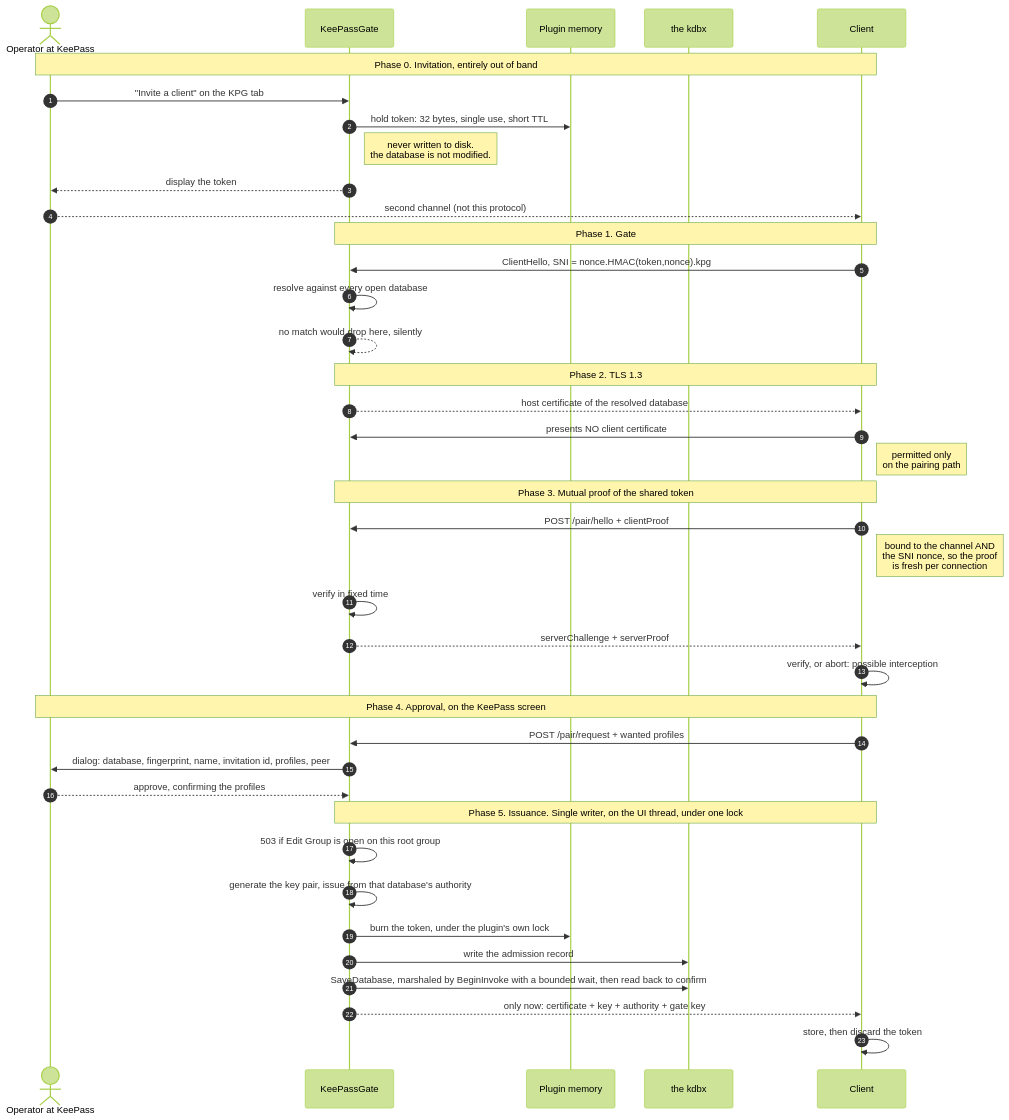
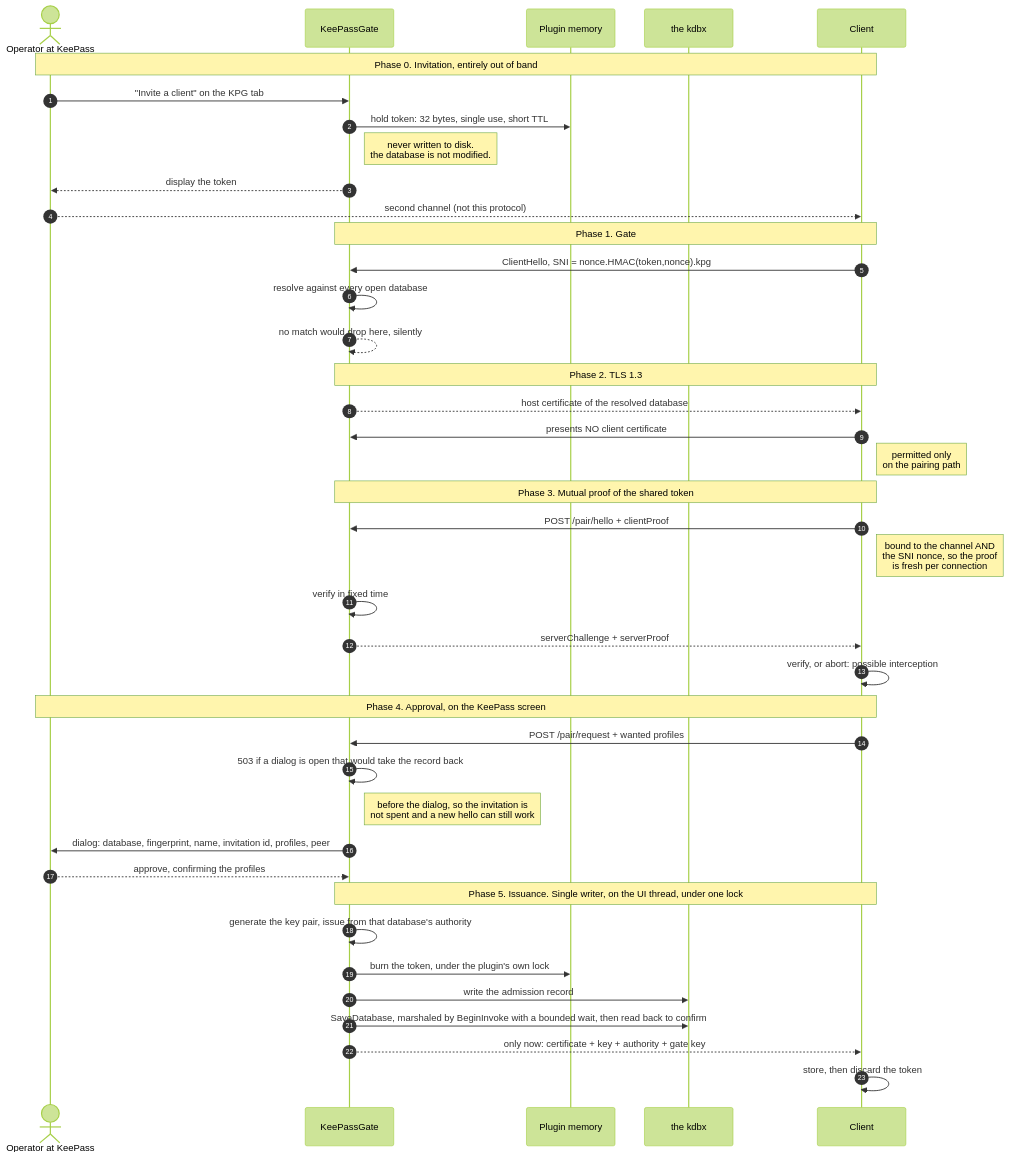
The second of 5 diagrams in PAIRING.md (mfrnd/KeePassGate), drawn with Mermaid (forest theme) before and after one commit. The commit also changed other lines of this file and 9 other files, not shown here.

````diff
--- a/PAIRING.md
+++ b/PAIRING.md
@@ -72,47 +72,48 @@
 ```mermaid
 sequenceDiagram
     autonumber
     actor OP as Operator at KeePass
     participant KPG as KeePassGate
     participant MEM as Plugin memory
     participant DB as the kdbx
     participant CL as Client
 
     Note over OP,CL: Phase 0. Invitation, entirely out of band
     OP->>KPG: "Invite a client" on the KPG tab
     KPG->>MEM: hold token: 32 bytes, single use, short TTL
     Note right of KPG: never written to disk.<br/>the database is not modified.
     KPG-->>OP: display the token
     OP-->>CL: second channel (not this protocol)
 
     Note over KPG,CL: Phase 1. Gate
     CL->>KPG: ClientHello, SNI = nonce.HMAC(token,nonce).kpg
     KPG->>KPG: resolve against every open database
     KPG-->>KPG: no match would drop here, silently
 
     Note over KPG,CL: Phase 2. TLS 1.3
     KPG-->>CL: host certificate of the resolved database
     CL->>KPG: presents NO client certificate
     Note right of CL: permitted only<br/>on the pairing path
 
     Note over KPG,CL: Phase 3. Mutual proof of the shared token
     CL->>KPG: POST /pair/hello + clientProof
     Note right of CL: bound to the channel AND<br/>the SNI nonce, so the proof<br/>is fresh per connection
     KPG->>KPG: verify in fixed time
     KPG-->>CL: serverChallenge + serverProof
     CL->>CL: verify, or abort: possible interception
 
     Note over OP,CL: Phase 4. Approval, on the KeePass screen
     CL->>KPG: POST /pair/request + wanted profiles
+    KPG->>KPG: 503 if a dialog is open that would take the record back
+    Note right of KPG: before the dialog, so the invitation is<br/>not spent and a new hello can still work
     KPG->>OP: dialog: database, fingerprint, name, invitation id, profiles, peer
     OP-->>KPG: approve, confirming the profiles
 
     Note over KPG,CL: Phase 5. Issuance. Single writer, on the UI thread, under one lock
-    KPG->>KPG: 503 if Edit Group is open on this root group
     KPG->>KPG: generate the key pair, issue from that database's authority
     KPG->>MEM: burn the token, under the plugin's own lock
     KPG->>DB: write the admission record
     KPG->>DB: SaveDatabase, marshaled by BeginInvoke with a bounded wait, then read back to confirm
     KPG-->>CL: only now: certificate + key + authority + gate key
     CL->>CL: store, then discard the token
 ```
````
